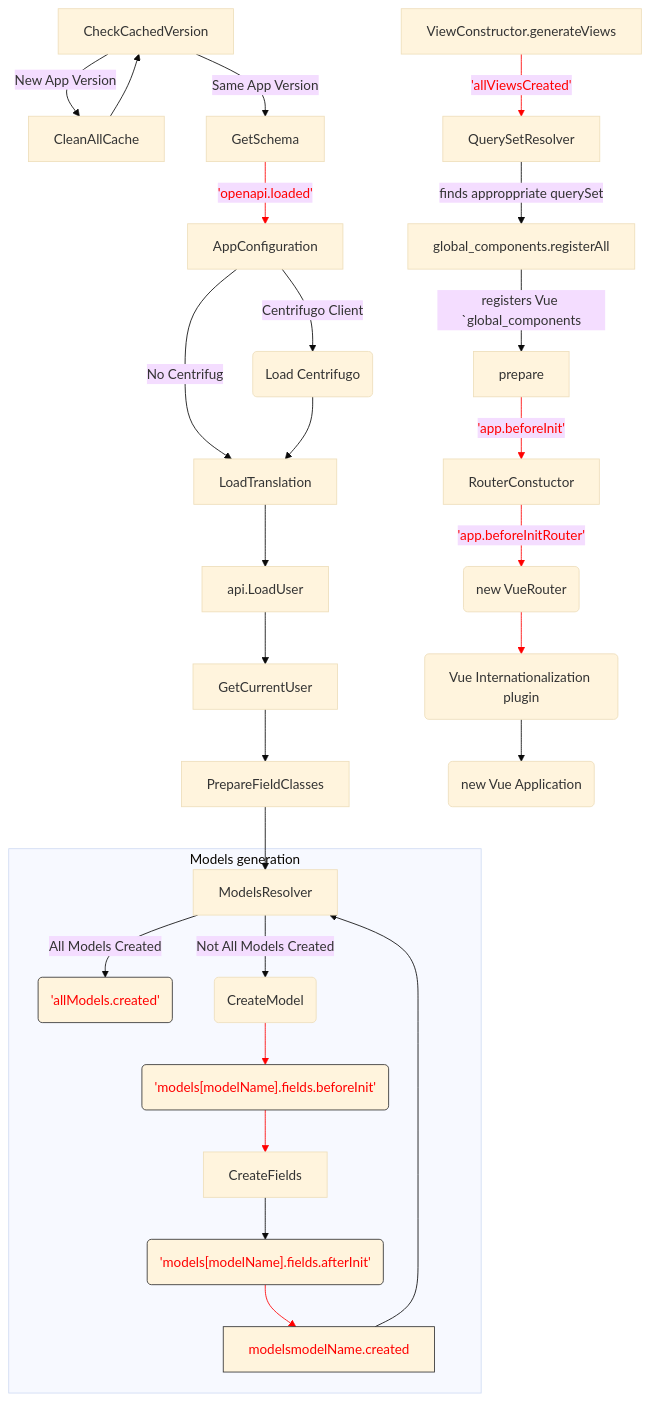
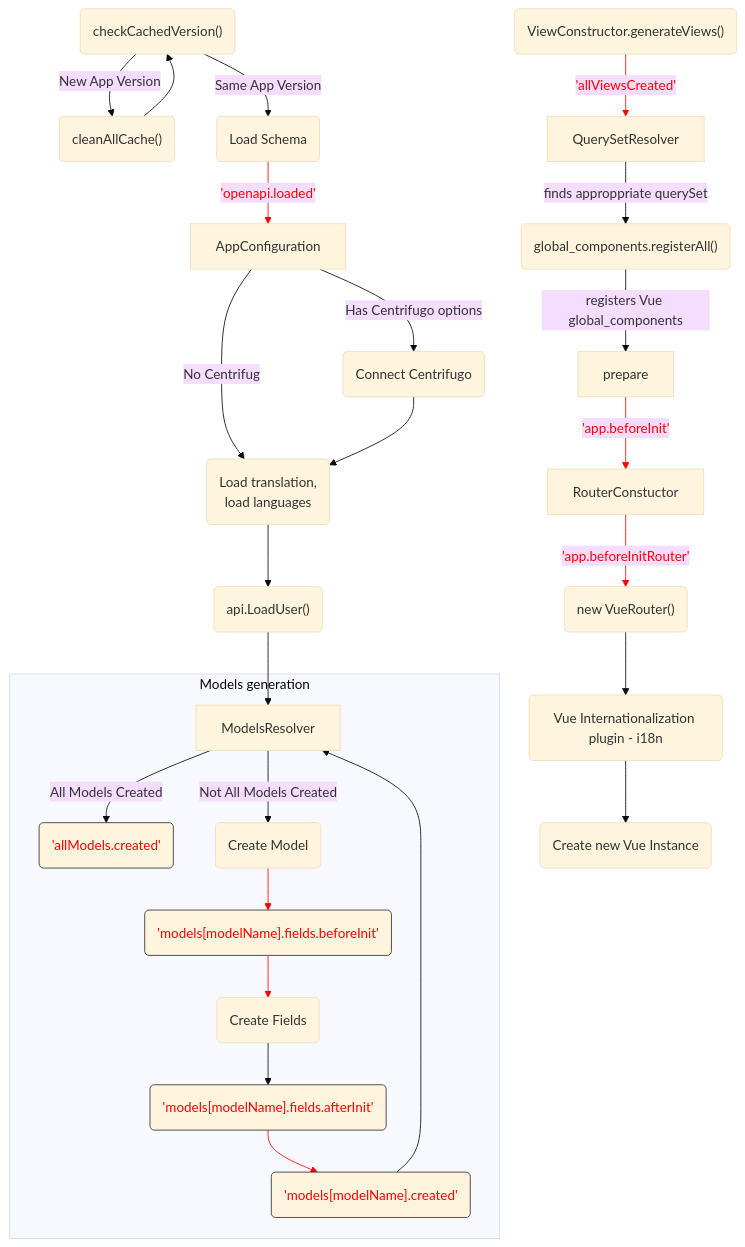
One commit to vstconsulting/vstutils changed the diagram in doc/quickstart-front.rst. Above: the diagram before and after it, drawn with Mermaid (base theme). The commit also changed other lines of this file and 1 other file, not shown here.

```diff
--- a/doc/quickstart-front.rst
+++ b/doc/quickstart-front.rst
@@ -36,37 +36,35 @@
 .. mermaid::
 
     graph TD
-      CheckCachedVersion--New App Version-->CleanAllCache;
-      CheckCachedVersion--Same App Version-->GetSchema;
-      CleanAllCache-->CheckCachedVersion
-      GetSchema--'openapi.loaded'-->AppConfiguration
-      AppConfiguration--Centrifugo Client-->Centrifugo(Load Centrifugo)
-      AppConfiguration--No Centrifugo-->LoadTranslation
-      Centrifugo-->LoadTranslation
-      LoadTranslation-->api.LoadUser-->GetCurrentUser
-      GetCurrentUser-->PrepareFieldClasses
-      PrepareFieldClasses-->ModelsResolver
+      Cached("checkCachedVersion()")--New App Version-->Clean("cleanAllCache()");
+      Cached--Same App Version-->Schema(Load Schema);
+      Clean-->Cached
+      Schema--'openapi.loaded'-->AppConfiguration
+      AppConfiguration--Has Centrifugo options-->Centrifugo(Connect Centrifugo)
+      AppConfiguration--No Centrifugo-->Translation
+      Centrifugo-->Translation(Load translation, <br/> load languages)
+      Translation-->LoadUser("api.LoadUser()")-->ModelsResolver
       subgraph Models generation
       ModelsResolver--All Models Created-->B('allModels.created'):::classSignal
-      ModelsResolver--Not All Models Created-->CreateModel
-      CreateModel(CreateModel)-->SignalBeforeInit("'models#91;modelName#93;.fields.beforeInit'"):::classSignal-->CreateFields
-      CreateFields-->SignalAfterInit("'models#91;modelName#93;.fields.afterInit'"):::classSignal-->modelsmodelName.created:::classSignal
-      modelsmodelName.created-->ModelsResolver
+      ModelsResolver--Not All Models Created-->Create(Create Model)
+      Create(Create Model)-->SignalBeforeInit("'models#91;modelName#93;.fields.beforeInit'"):::classSignal-->Fields(Create Fields)
+      Fields(Create Fields)-->SignalAfterInit("'models#91;modelName#93;.fields.afterInit'"):::classSignal-->modelsmodelName("'models#91;modelName#93;.created'"):::classSignal
+      modelsmodelName-->ModelsResolver
       end
-      ViewConstructor.generateViews--'allViewsCreated'-->QuerySetResolver
-      QuerySetResolver--finds approppriate querySet-->global_components.registerAll
-      global_components.registerAll--registers Vue `global_components-->prepare
+      ViewConstructor("ViewConstructor.generateViews()")--'allViewsCreated'-->QuerySetResolver
+      QuerySetResolver--finds approppriate querySet-->registerAll("global_components.registerAll()")
+      registerAll--registers Vue global_components-->prepare
       prepare--'app.beforeInit'-->RouterConstuctor
-      RouterConstuctor--'app.beforeInitRouter'-->D(new VueRouter)
-      D-->E(Vue Internationalization plugin)
-      E-->F(new Vue Application)
+      RouterConstuctor--'app.beforeInitRouter'-->D("new VueRouter()")
+      D-->E(Vue Internationalization plugin - i18n)
+      E-->F(Create new Vue Instance)
 
     linkStyle 3 stroke:red,color:red
-    linkStyle 13 stroke:red,color:red
+    linkStyle 11 stroke:red,color:red
+    linkStyle 12 stroke:red,color:red
     linkStyle 14 stroke:red,color:red
     linkStyle 16 stroke:red,color:red
-    linkStyle 18 stroke:red,color:red
-    linkStyle 21 stroke:red,color:red
-    linkStyle 22 stroke:red,color:red
-    linkStyle 23 stroke:red,color:red
+    linkStyle 19 stroke:red,color:red
+    linkStyle 20 stroke:red,color:red
+
     classDef classSignal stroke:#333,color:#f00;
```
